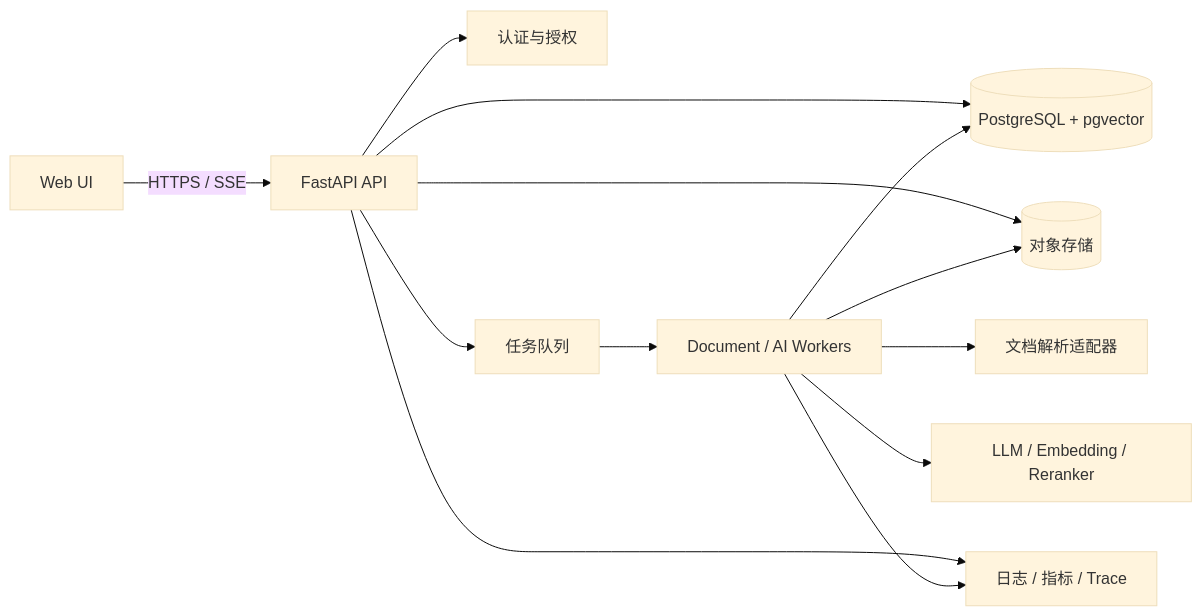
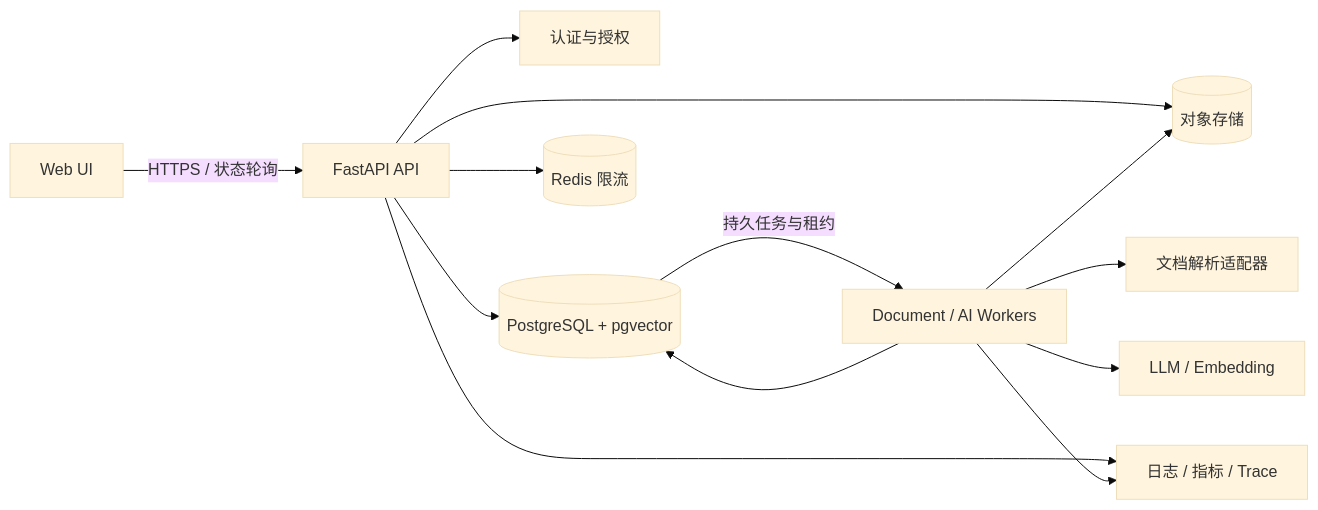
One commit to fisheree1/review_agent changed the diagram in docs/architecture.md. Above: the diagram before and after it, drawn with Mermaid (base theme). The commit also changed other lines of this file and 148 other files, not shown here.

````diff
--- a/docs/architecture.md
+++ b/docs/architecture.md
@@ -27,15 +30,15 @@
 ```mermaid
 flowchart LR
-    UI[Web UI] -->|HTTPS / SSE| API[FastAPI API]
+    UI[Web UI] -->|HTTPS / 状态轮询| API[FastAPI API]
     API --> AUTH[认证与授权]
     API --> PG[(PostgreSQL + pgvector)]
     API --> OBJ[(对象存储)]
-    API --> Q[任务队列]
-    Q --> WORKER[Document / AI Workers]
+    PG -->|持久任务与租约| WORKER[Document / AI Workers]
     WORKER --> OBJ
     WORKER --> PG
     WORKER --> PARSER[文档解析适配器]
-    WORKER --> AI[LLM / Embedding / Reranker]
+    WORKER --> AI[LLM / Embedding]
+    API --> REDIS[(Redis 限流)]
     API --> OBS[日志 / 指标 / Trace]
     WORKER --> OBS
 ```
````
